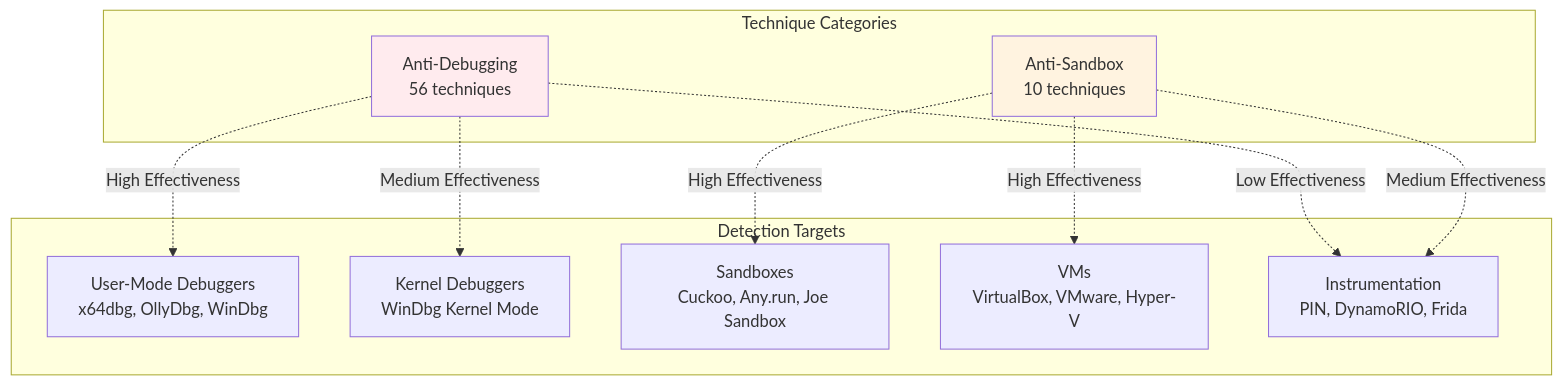
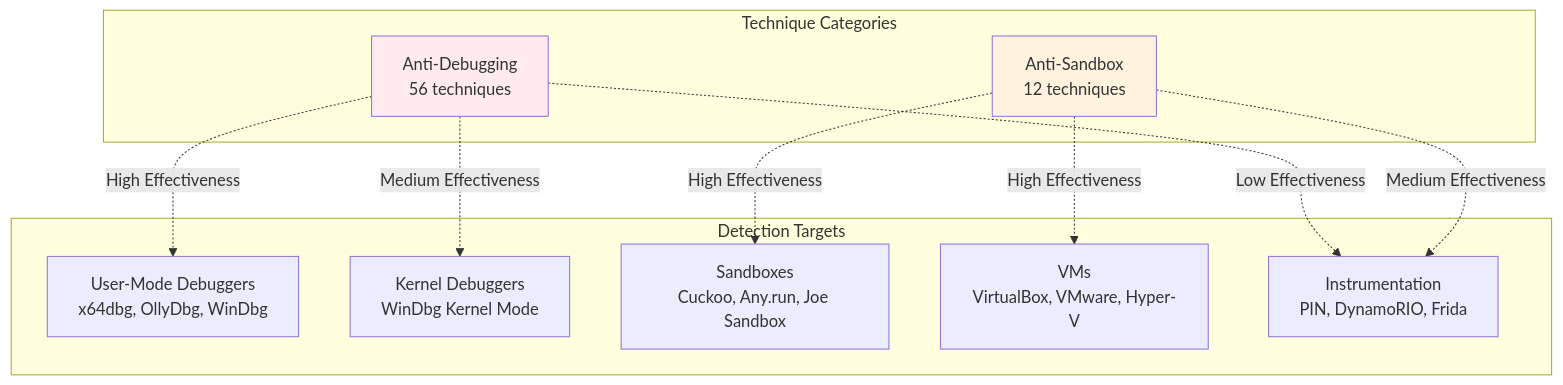
One commit to mabj/anti changed the seventh of 8 diagrams in docs/diagrams/taxonomy.md. Above: the diagram before and after it, drawn with Mermaid. The commit also changed other lines of this file and 11 other files, not shown here.

Commit message:
Adding 2 time-based anti-sandbox techniques AS011 and AS012

````diff
--- a/docs/diagrams/taxonomy.md
+++ b/docs/diagrams/taxonomy.md
@@ -231,26 +233,26 @@
 ```mermaid
 graph TB
     subgraph Detection Targets
         T1[User-Mode Debuggers<br/>x64dbg, OllyDbg, WinDbg]
         T2[Kernel Debuggers<br/>WinDbg Kernel Mode]
         T3[Sandboxes<br/>Cuckoo, Any.run, Joe Sandbox]
         T4[VMs<br/>VirtualBox, VMware, Hyper-V]
         T5[Instrumentation<br/>PIN, DynamoRIO, Frida]
     end
 
     subgraph Technique Categories
         C1[Anti-Debugging<br/>56 techniques]
-        C2[Anti-Sandbox<br/>10 techniques]
+        C2[Anti-Sandbox<br/>12 techniques]
     end
 
     C1 -.High Effectiveness.-> T1
     C1 -.Medium Effectiveness.-> T2
     C1 -.Low Effectiveness.-> T5
 
     C2 -.High Effectiveness.-> T3
     C2 -.High Effectiveness.-> T4
     C2 -.Medium Effectiveness.-> T5
 
     style C1 fill:#ffebee
     style C2 fill:#fff3e0
 ```
````
